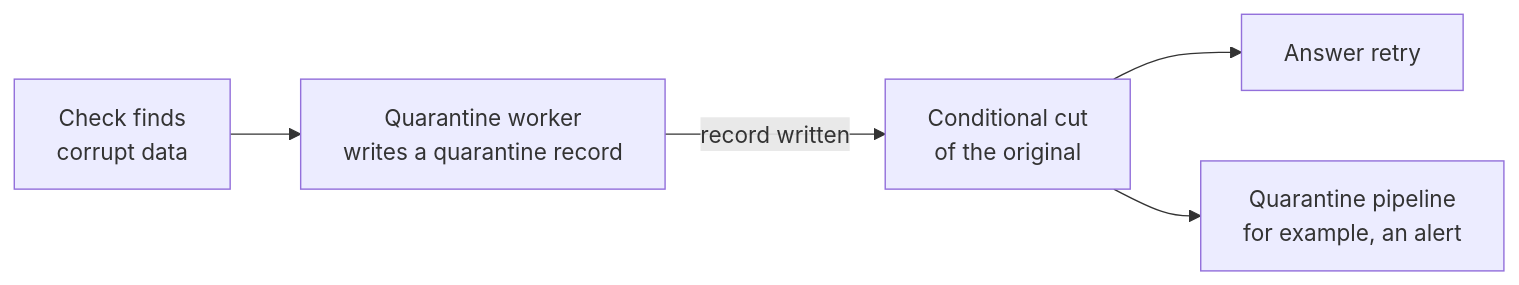
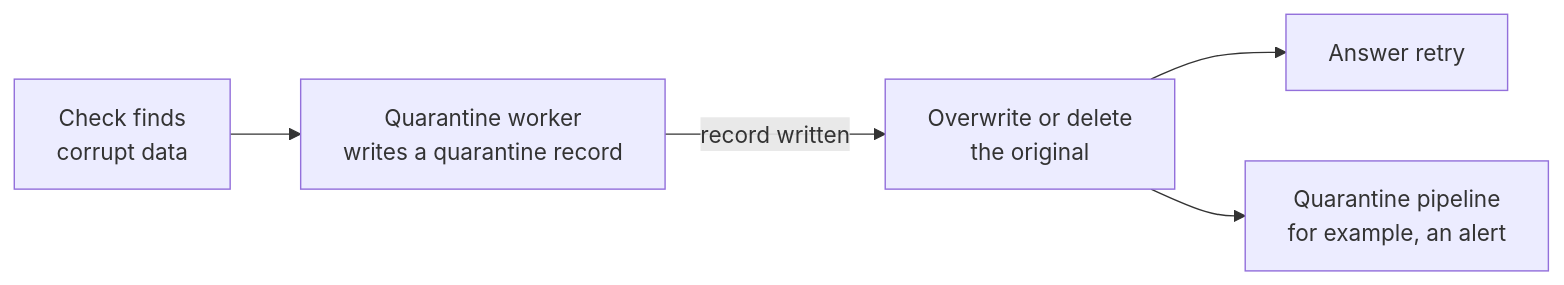
One commit to bristweb/yafidb changed the fifth of 5 diagrams in docs/architecture.md. Above: the diagram before and after it, drawn with Mermaid. The commit also changed other lines of this file and 11 other files, not shown here.

Commit message:
Drop conditional delete and R2 tombstones: quarantine logs first, then overwrites (partial) or deletes (whole)

````diff
--- a/docs/architecture.md
+++ b/docs/architecture.md
@@ -164,7 +164,7 @@
 ```mermaid
 flowchart LR
     F[Check finds<br/>corrupt data] --> Q[Quarantine worker<br/>writes a quarantine record]
-    Q -->|record written| T[Conditional cut<br/>of the original]
+    Q -->|record written| T[Overwrite or delete<br/>the original]
     T --> R[Answer retry]
     T --> N[Quarantine pipeline<br/>for example, an alert]
 ```
````
